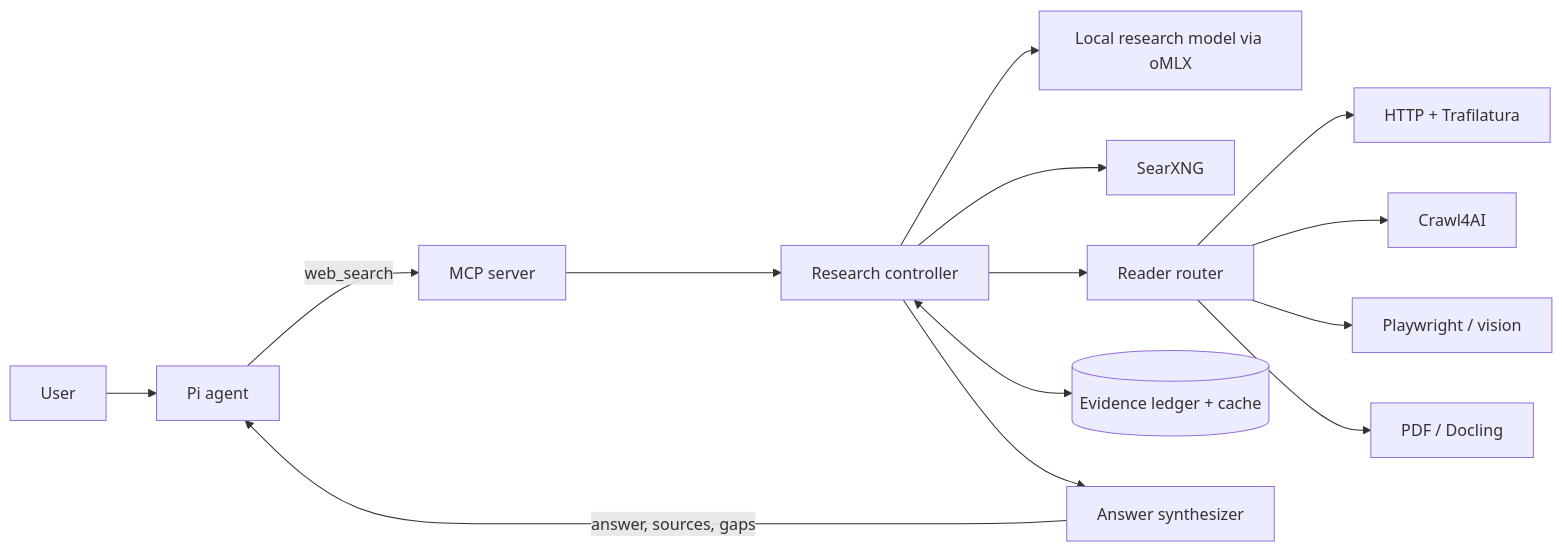
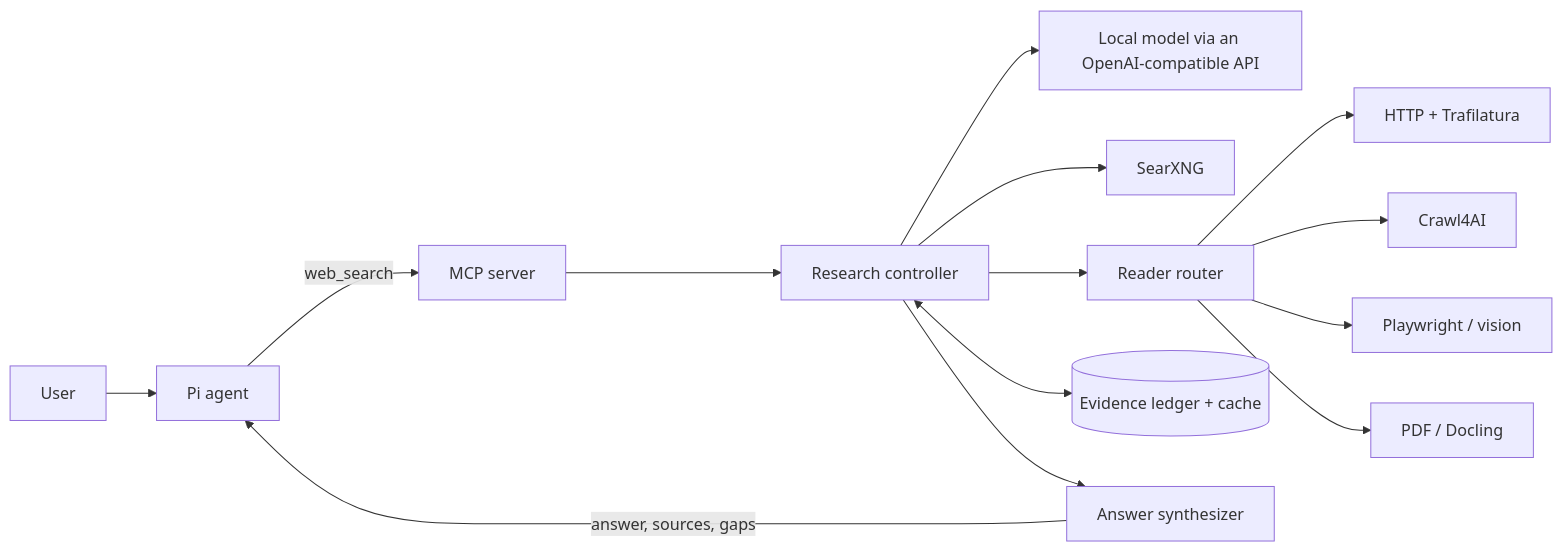
Before and after one commit to Dmitry-Kaleykin/web-search: the diagram in ARCHITECTURE.md, drawn with Mermaid. The commit also changed other lines of this file and 14 other files, not shown here.

````diff
--- a/ARCHITECTURE.md
+++ b/ARCHITECTURE.md
@@ -30,16 +30,16 @@
 ```mermaid
 flowchart LR
     U[User] --> P[Pi agent]
     P -->|web_search| M[MCP server]
     M --> C[Research controller]
-    C --> L[Local research model via oMLX]
+    C --> L[Local model via an OpenAI-compatible API]
     C --> S[SearXNG]
     C --> R[Reader router]
     R --> T[HTTP + Trafilatura]
     R --> W[Crawl4AI]
     R --> B[Playwright / vision]
     R --> D[PDF / Docling]
     C <--> E[(Evidence ledger + cache)]
     C --> A[Answer synthesizer]
     A -->|answer, sources, gaps| P
 ```
````
